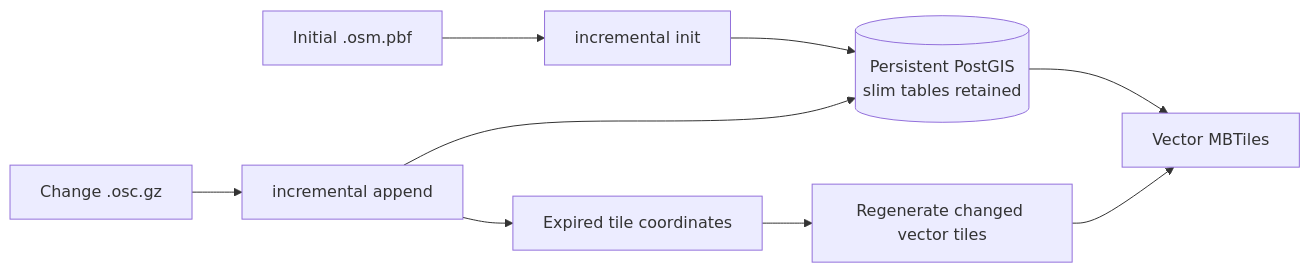
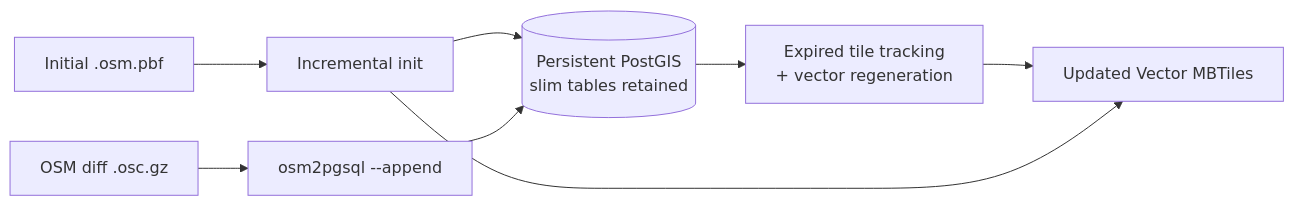
One commit to rydolabs/osm2mbtiles changed the second of 2 diagrams in README.md. Above: the diagram before and after it, drawn with Mermaid. The commit also changed other lines of this file and 4 other files, not shown here.

First line of the commit message:
docs: lead with OSM diff updates and honest tooling comparison (#30)

````diff
--- a/README.md
+++ b/README.md
@@ -96,11 +100,10 @@
 ```mermaid
 flowchart LR
-    A["Initial .osm.pbf"] --> B["incremental init"]
+    A["Initial .osm.pbf"] --> B["Incremental init"]
     B --> C[("Persistent PostGIS<br/>slim tables retained")]
-    C --> D["Vector MBTiles"]
-    E["Change .osc.gz"] --> F["incremental append"]
+    E["OSM diff .osc.gz"] --> F["osm2pgsql --append"]
     F --> C
-    F --> G["Expired tile coordinates"]
-    G --> H["Regenerate changed vector tiles"]
-    H --> D
+    C --> G["Expired tile tracking<br/>+ vector regeneration"]
+    G --> D["Updated Vector MBTiles"]
+    B --> D
 ```
````
